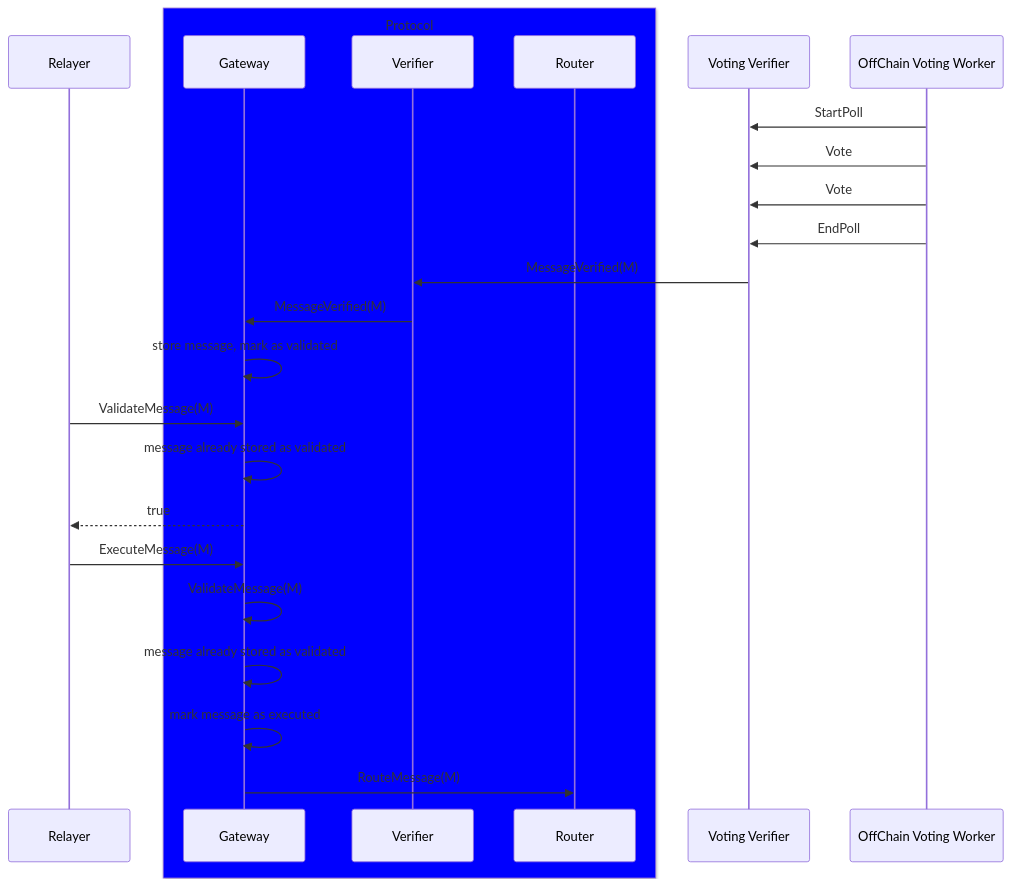
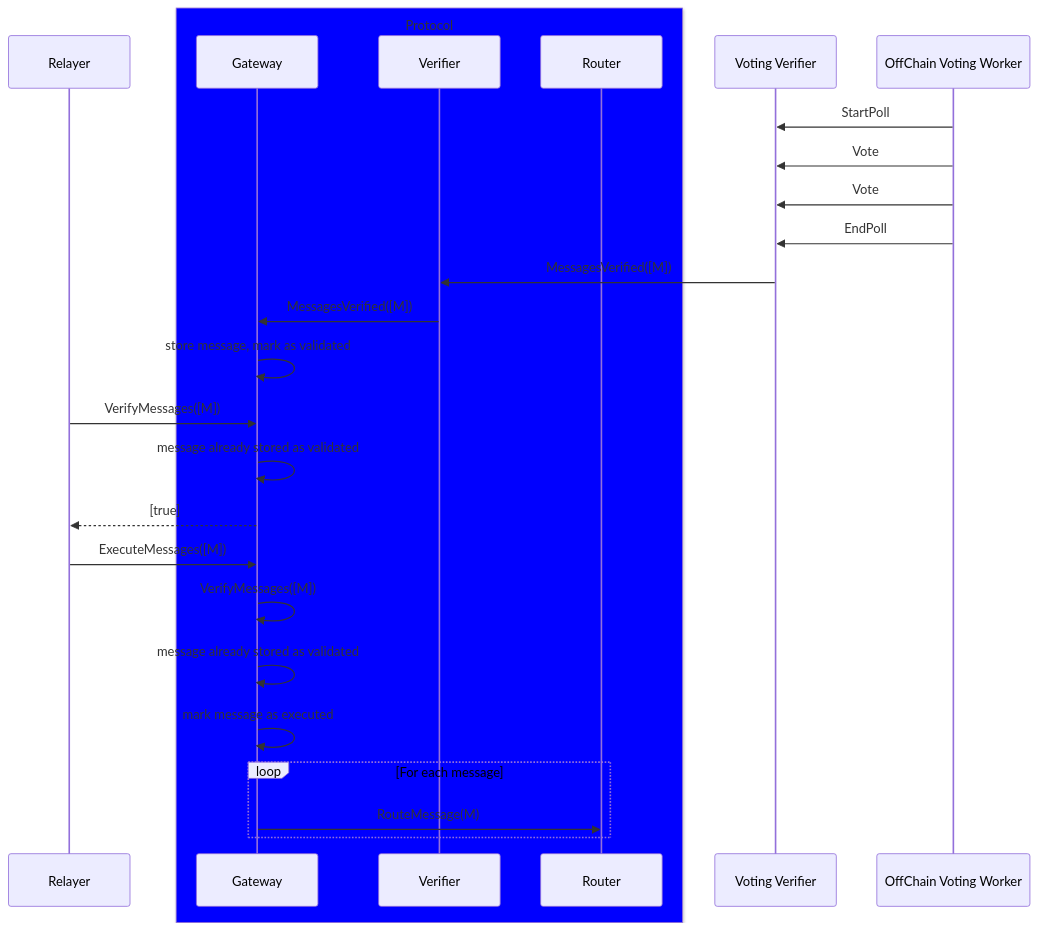
One commit to axelarnetwork/axelar-amplifier changed the third of 13 diagrams in README.md. Above: the diagram before and after it, drawn with Mermaid. The commit also changed other lines of this file, not shown here.

````diff
--- a/README.md
+++ b/README.md
@@ -87,29 +89,31 @@
 ```mermaid
 sequenceDiagram
     participant Relayer
     box Blue Protocol
     participant Gateway
     participant Verifier
     participant Router
     end
     participant Voting Verifier
     participant OffChain Voting Worker
     OffChain Voting Worker->>Voting Verifier: StartPoll
     OffChain Voting Worker->>Voting Verifier: Vote
     OffChain Voting Worker->>Voting Verifier: Vote
     OffChain Voting Worker->>Voting Verifier: EndPoll
 
-    Voting Verifier->>Verifier: MessageVerified(M)
-    Verifier->>Gateway: MessageVerified(M)
+    Voting Verifier->>Verifier: MessagesVerified([M])
+    Verifier->>Gateway: MessagesVerified([M])
     Gateway->>Gateway: store message, mark as validated
 
-    Relayer->>Gateway: ValidateMessage(M)
+    Relayer->>Gateway: VerifyMessages([M])
     Gateway->>Gateway: message already stored as validated
-    Gateway-->>Relayer: true
+    Gateway-->>Relayer: [true]
 
-    Relayer->>Gateway: ExecuteMessage(M)
-    Gateway->>Gateway: ValidateMessage(M)
+    Relayer->>Gateway: ExecuteMessages([M])
+    Gateway->>Gateway: VerifyMessages([M])
     Gateway->>Gateway: message already stored as validated
     Gateway->>Gateway: mark message as executed
-    Gateway->>Router: RouteMessage(M)
+    loop For each message
+        Gateway->>Router: RouteMessage(M)
+    end
 ```
````
